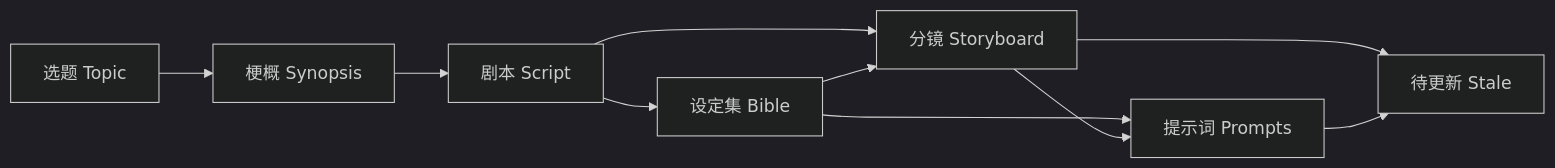
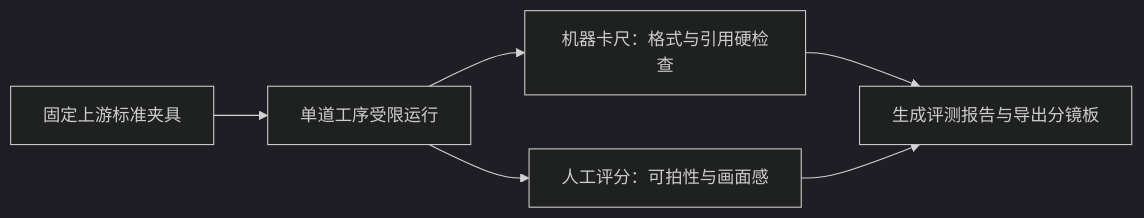
The diagram in book/build/chapters/p08.md (yukawasensei/harness-book-for-everyone), drawn with Mermaid (dark theme) before and after one commit. The commit also changed other lines of this file and 45 other files, not shown here.

````diff
--- a/book/build/chapters/p08.md
+++ b/book/build/chapters/p08.md
@@ -31,12 +46,8 @@
 ```mermaid
 flowchart LR
-  T["选题 Topic"] --> S["梗概 Synopsis"]
-  S --> C["剧本 Script"]
-  C --> B["设定集 Bible"]
-  C --> V["分镜 Storyboard"]
-  B --> V
-  B --> P["提示词 Prompts"]
-  V --> P
-  V --> G["待更新 Stale"]
-  P --> G
+  F["固定上游标准夹具"] --> R["单道工序受限运行"]
+  R --> G["机器卡尺：格式与引用硬检查"]
+  R --> H["人工评分：可拍性与画面感"]
+  G --> E["生成评测报告与导出分镜板"]
+  H --> E
 ```
````
